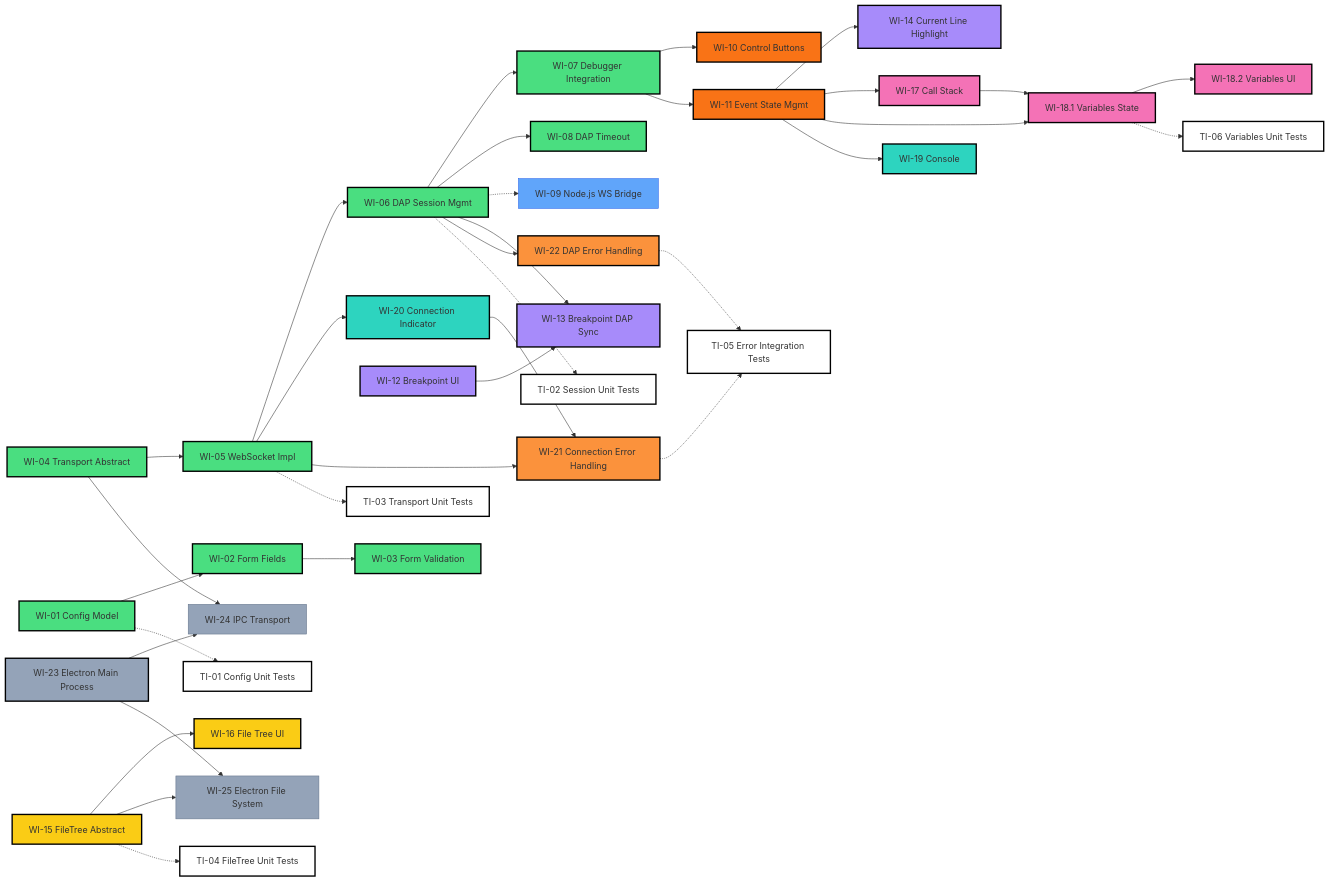
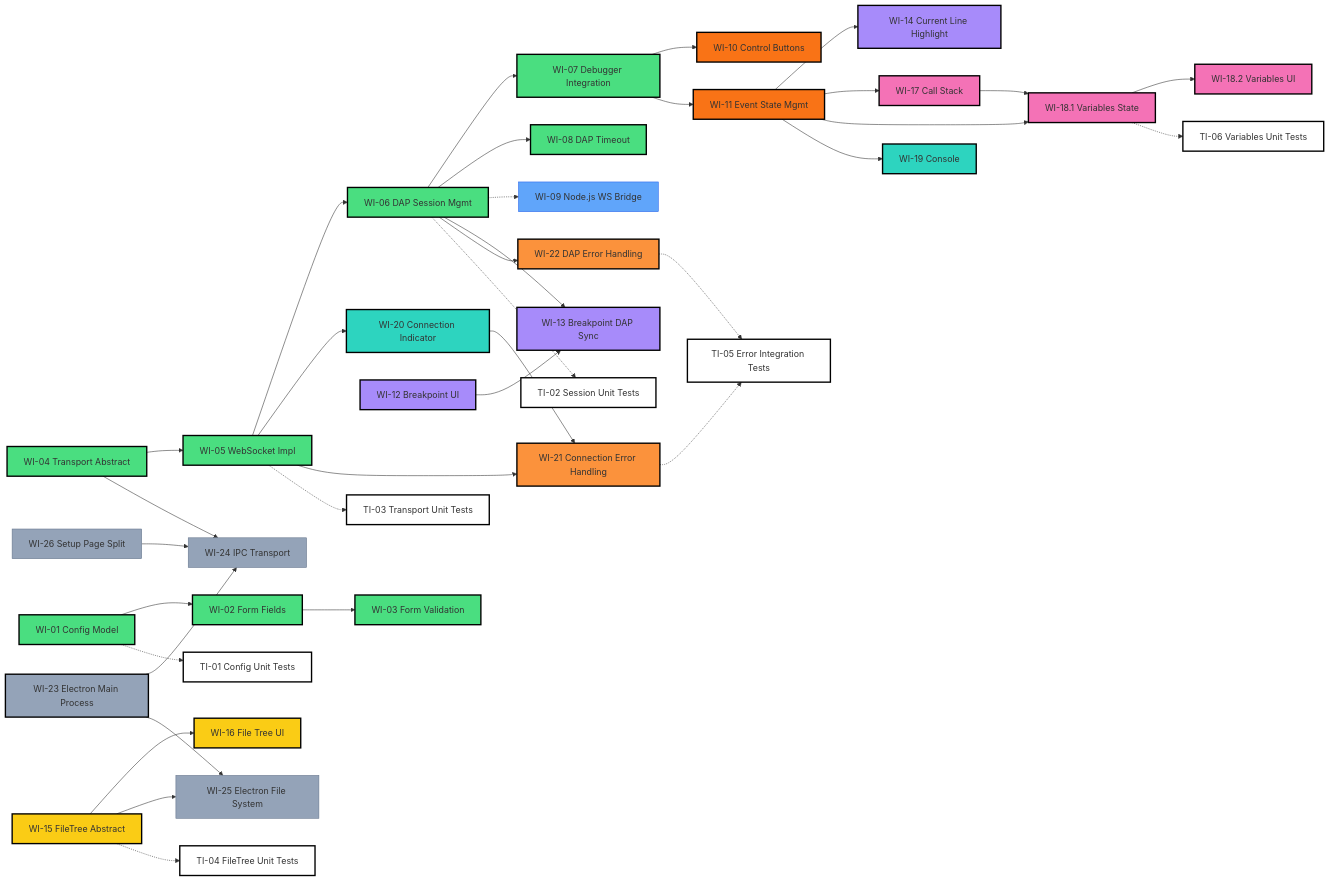
The diagram in docs/project-roadmap.md (tangpo387-arch/taro-debugger), drawn with Mermaid before and after one commit. The commit also changed other lines of this file and 2 other files, not shown here.

Commit message:
docs: document setup page separation into web and electron-specific routes

```diff
--- a/docs/project-roadmap.md
+++ b/docs/project-roadmap.md
@@ -80,7 +80,8 @@
     WI22 -.-> TI05
     WI18_1 -.-> TI06[TI-06 Variables Unit Tests]
 
-    WI23[WI-23 Electron Main Process] --> WI24[WI-24 IPC Transport]
+    WI26[WI-26 Setup Page Split] --> WI24[WI-24 IPC Transport]
+    WI23[WI-23 Electron Main Process] --> WI24
     WI04 --> WI24
     WI23 --> WI25[WI-25 Electron File System]
     WI15 --> WI25
@@ -124,6 +125,7 @@
     style WI23 fill:#94a3b8,stroke:#000,stroke-width:2.5px
     style WI24 fill:#94a3b8,stroke:#64748b
     style WI25 fill:#94a3b8,stroke:#64748b
+    style WI26 fill:#94a3b8,stroke:#64748b
 
     style TI01 fill:#ffffff,stroke:#000,stroke-width:2.5px
     style TI02 fill:#ffffff,stroke:#000,stroke-width:2.5px
```
